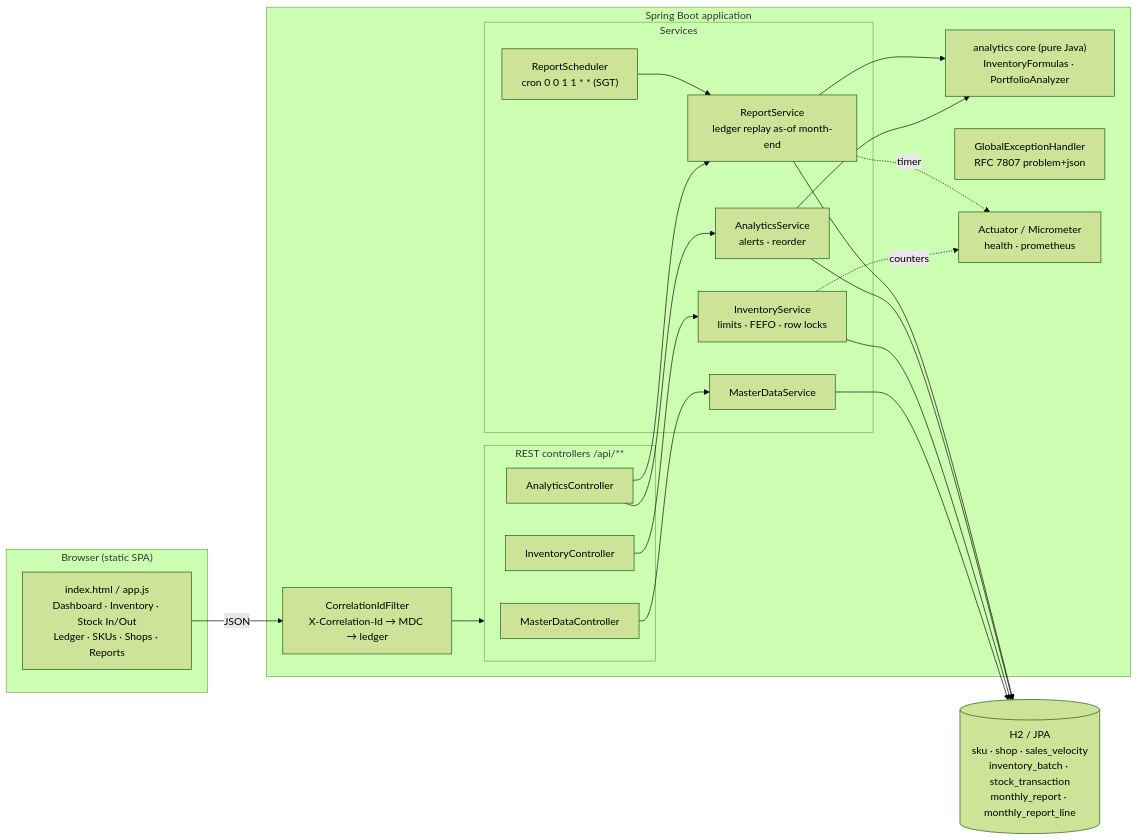
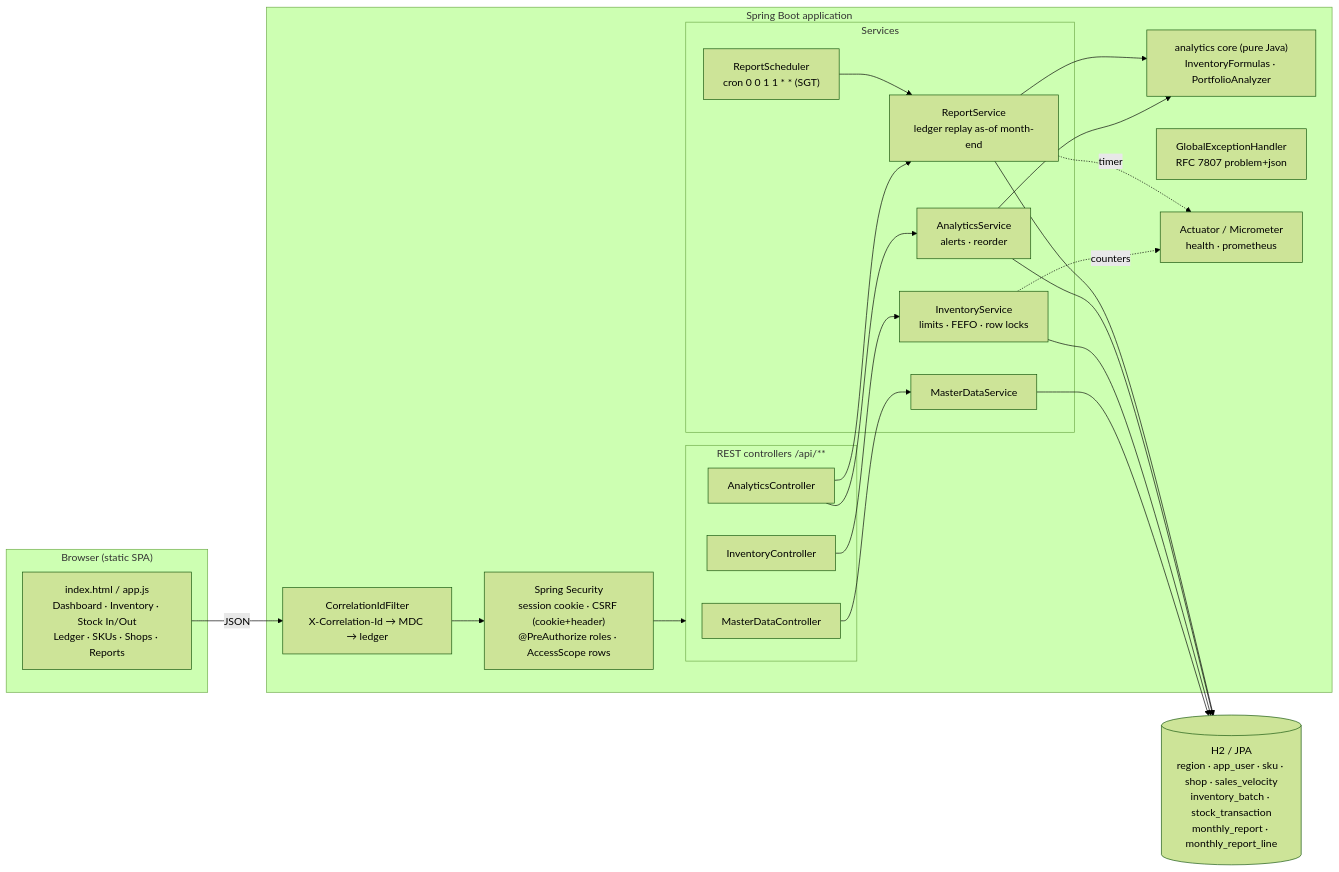
One commit to devinong8/Test changed the first of 2 diagrams in README.md. Above: the diagram before and after it, drawn with Mermaid (forest theme). The commit also changed other lines of this file and 62 other files, not shown here.

First line of the commit message:
Model Regional HQ explicitly: regions, roles and scoped access

````diff
--- a/README.md
+++ b/README.md
@@ -48,37 +72,38 @@
 ```mermaid
 flowchart LR
   subgraph Browser["Browser (static SPA)"]
     UI["index.html / app.js<br/>Dashboard · Inventory · Stock In/Out<br/>Ledger · SKUs · Shops · Reports"]
   end
 
   subgraph Boot["Spring Boot application"]
     F["CorrelationIdFilter<br/>X-Correlation-Id → MDC → ledger"]
+    SEC["Spring Security<br/>session cookie · CSRF (cookie+header)<br/>@PreAuthorize roles · AccessScope rows"]
     subgraph Web["REST controllers  /api/**"]
       MC[MasterDataController]
       IC[InventoryController]
       AC[AnalyticsController]
     end
     subgraph Svc["Services"]
       MDS[MasterDataService]
       INV["InventoryService<br/>limits · FEFO · row locks"]
       ANS["AnalyticsService<br/>alerts · reorder"]
       RS["ReportService<br/>ledger replay as-of month-end"]
       SCH["ReportScheduler<br/>cron 0 0 1 1 * * (SGT)"]
     end
     CORE["analytics core (pure Java)<br/>InventoryFormulas · PortfolioAnalyzer"]
     EH["GlobalExceptionHandler<br/>RFC 7807 problem+json"]
     ACT["Actuator / Micrometer<br/>health · prometheus"]
   end
 
-  DB[("H2 / JPA<br/>sku · shop · sales_velocity<br/>inventory_batch · stock_transaction<br/>monthly_report · monthly_report_line")]
+  DB[("H2 / JPA<br/>region · app_user · sku · shop · sales_velocity<br/>inventory_batch · stock_transaction<br/>monthly_report · monthly_report_line")]
 
-  UI -->|JSON| F --> Web
+  UI -->|JSON| F --> SEC --> Web
   MC --> MDS
   IC --> INV
   AC --> ANS & RS
   SCH --> RS
   ANS & RS --> CORE
   MDS & INV & ANS & RS --> DB
   INV -. counters .-> ACT
   RS -. timer .-> ACT
 ```
````
